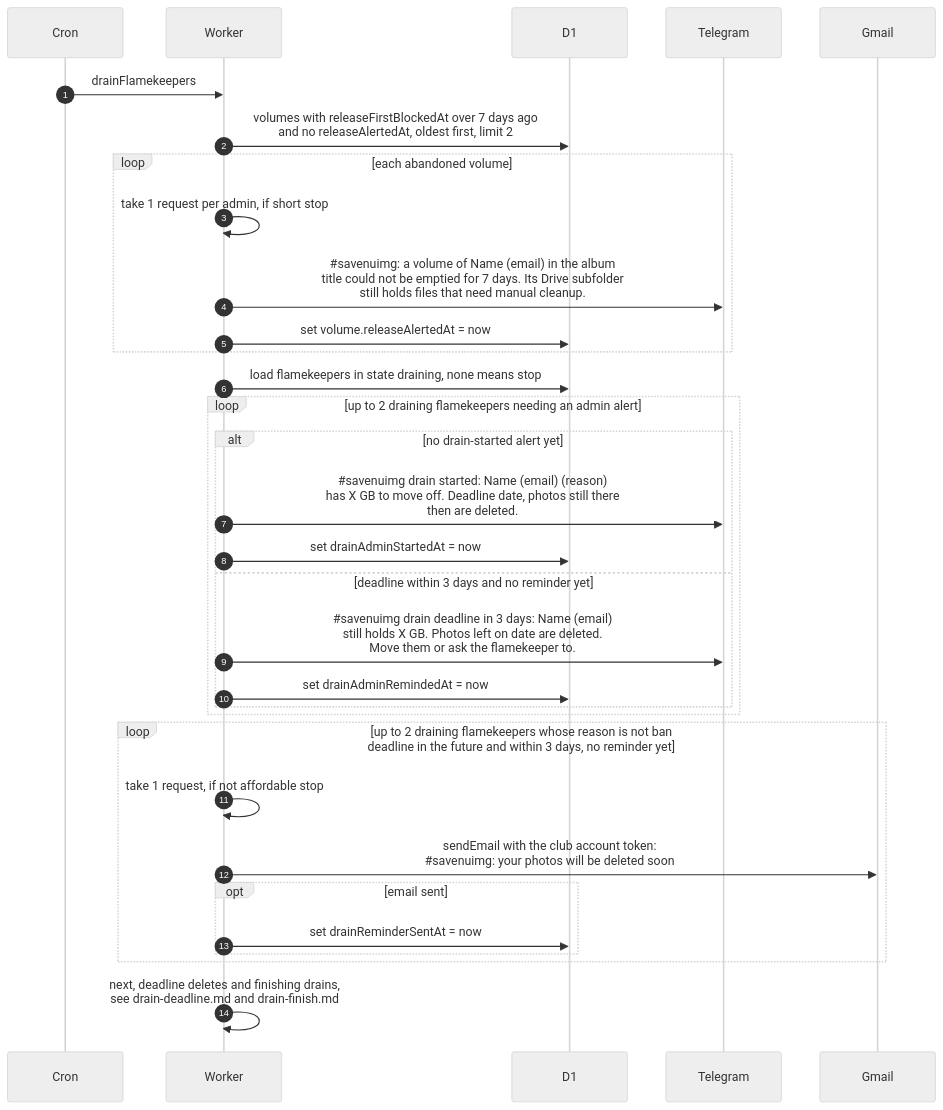
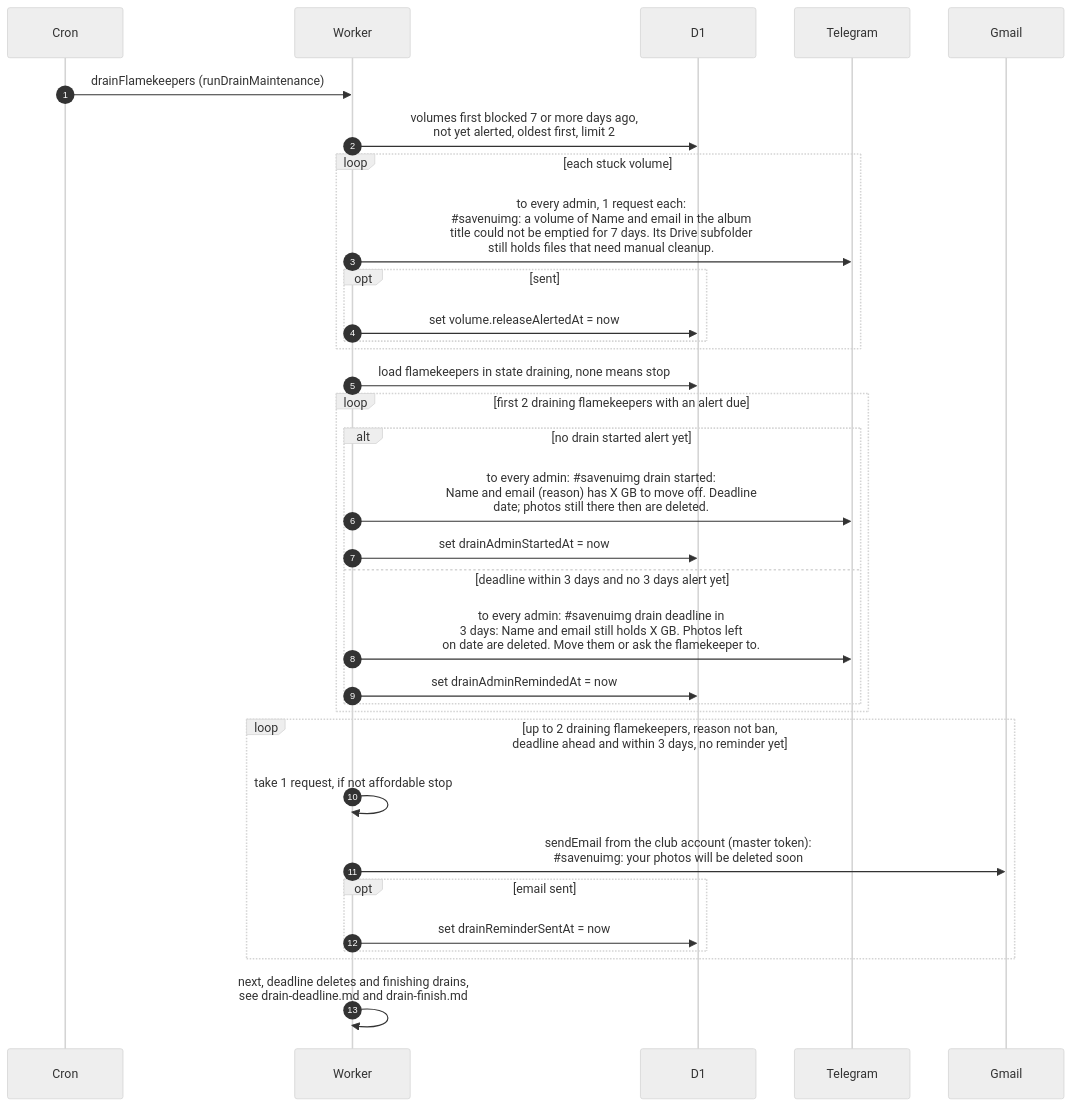
Before and after one commit to sagyzdop/meriksirat: the diagram in docs/scenarios/cron/flamekeepers/drain-notices.md, drawn with Mermaid (neutral theme). The commit also changed other lines of this file and 10 other files, not shown here.

Commit message:
docs(scenarios): verify cron/flamekeepers diagrams against code

````diff
--- a/docs/scenarios/cron/flamekeepers/drain-notices.md
+++ b/docs/scenarios/cron/flamekeepers/drain-notices.md
@@ -42,35 +45,36 @@
 ```mermaid
 sequenceDiagram
     autonumber
     participant Cron
     participant Worker
     participant D1
     participant Telegram
     participant Gmail
 
-    Cron->>Worker: drainFlamekeepers
-    Worker->>D1: volumes with releaseFirstBlockedAt over 7 days ago<br/>and no releaseAlertedAt, oldest first, limit 2
-    loop each abandoned volume
-        Worker->>Worker: take 1 request per admin, if short stop
-        Worker->>Telegram: #35;savenuimg: a volume of Name (email) in the album<br/>title could not be emptied for 7 days. Its Drive subfolder<br/>still holds files that need manual cleanup.
-        Worker->>D1: set volume.releaseAlertedAt = now
+    Cron->>Worker: drainFlamekeepers (runDrainMaintenance)
+    Worker->>D1: volumes first blocked 7 or more days ago,<br/>not yet alerted, oldest first, limit 2
+    loop each stuck volume
+        Worker->>Telegram: to every admin, 1 request each:<br/>#35;savenuimg: a volume of Name and email in the album<br/>title could not be emptied for 7 days. Its Drive subfolder<br/>still holds files that need manual cleanup.
+        opt sent
+            Worker->>D1: set volume.releaseAlertedAt = now
+        end
     end
     Worker->>D1: load flamekeepers in state draining, none means stop
-    loop up to 2 draining flamekeepers needing an admin alert
-        alt no drain-started alert yet
-            Worker->>Telegram: #35;savenuimg drain started: Name (email) (reason)<br/>has X GB to move off. Deadline date, photos still there<br/>then are deleted.
+    loop first 2 draining flamekeepers with an alert due
+        alt no drain started alert yet
+            Worker->>Telegram: to every admin: #35;savenuimg drain started:<br/>Name and email (reason) has X GB to move off. Deadline<br/>date#59; photos still there then are deleted.
             Worker->>D1: set drainAdminStartedAt = now
-        else deadline within 3 days and no reminder yet
-            Worker->>Telegram: #35;savenuimg drain deadline in 3 days: Name (email)<br/>still holds X GB. Photos left on date are deleted.<br/>Move them or ask the flamekeeper to.
+        else deadline within 3 days and no 3 days alert yet
+            Worker->>Telegram: to every admin: #35;savenuimg drain deadline in<br/>3 days: Name and email still holds X GB. Photos left<br/>on date are deleted. Move them or ask the flamekeeper to.
             Worker->>D1: set drainAdminRemindedAt = now
         end
     end
-    loop up to 2 draining flamekeepers whose reason is not ban<br/>deadline in the future and within 3 days, no reminder yet
+    loop up to 2 draining flamekeepers, reason not ban,<br/>deadline ahead and within 3 days, no reminder yet
         Worker->>Worker: take 1 request, if not affordable stop
-        Worker->>Gmail: sendEmail with the club account token:<br/>#35;savenuimg: your photos will be deleted soon
+        Worker->>Gmail: sendEmail from the club account (master token):<br/>#35;savenuimg: your photos will be deleted soon
         opt email sent
             Worker->>D1: set drainReminderSentAt = now
         end
     end
     Worker->>Worker: next, deadline deletes and finishing drains,<br/>see drain-deadline.md and drain-finish.md
 ```
````
